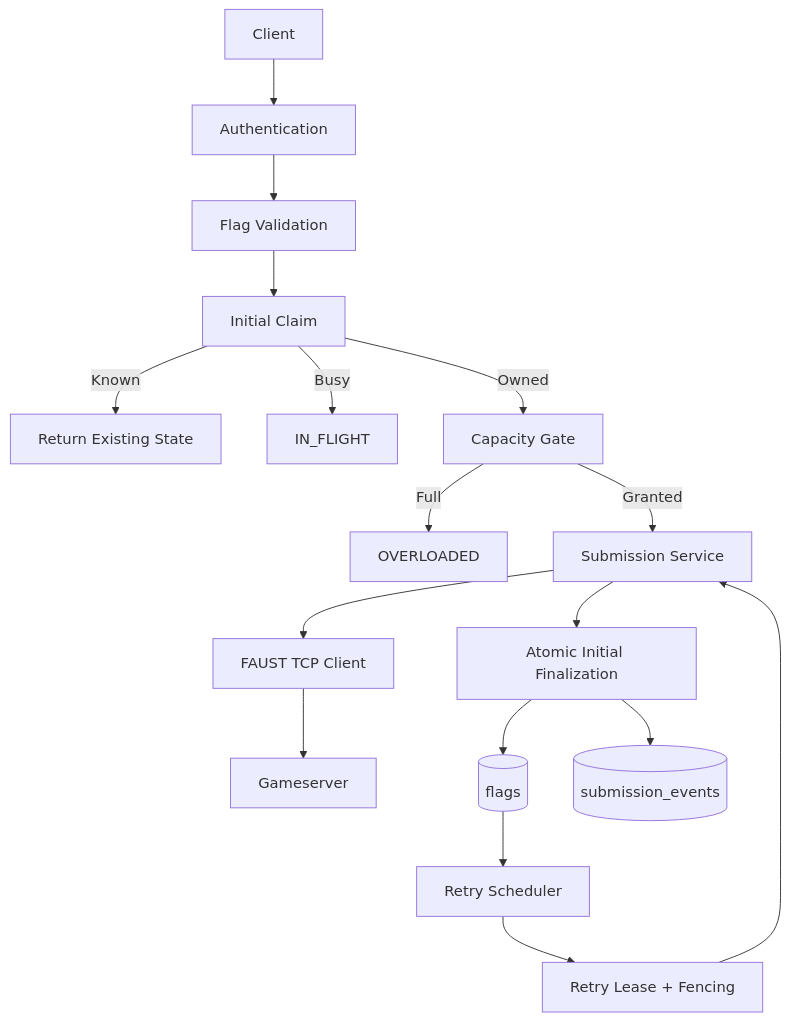
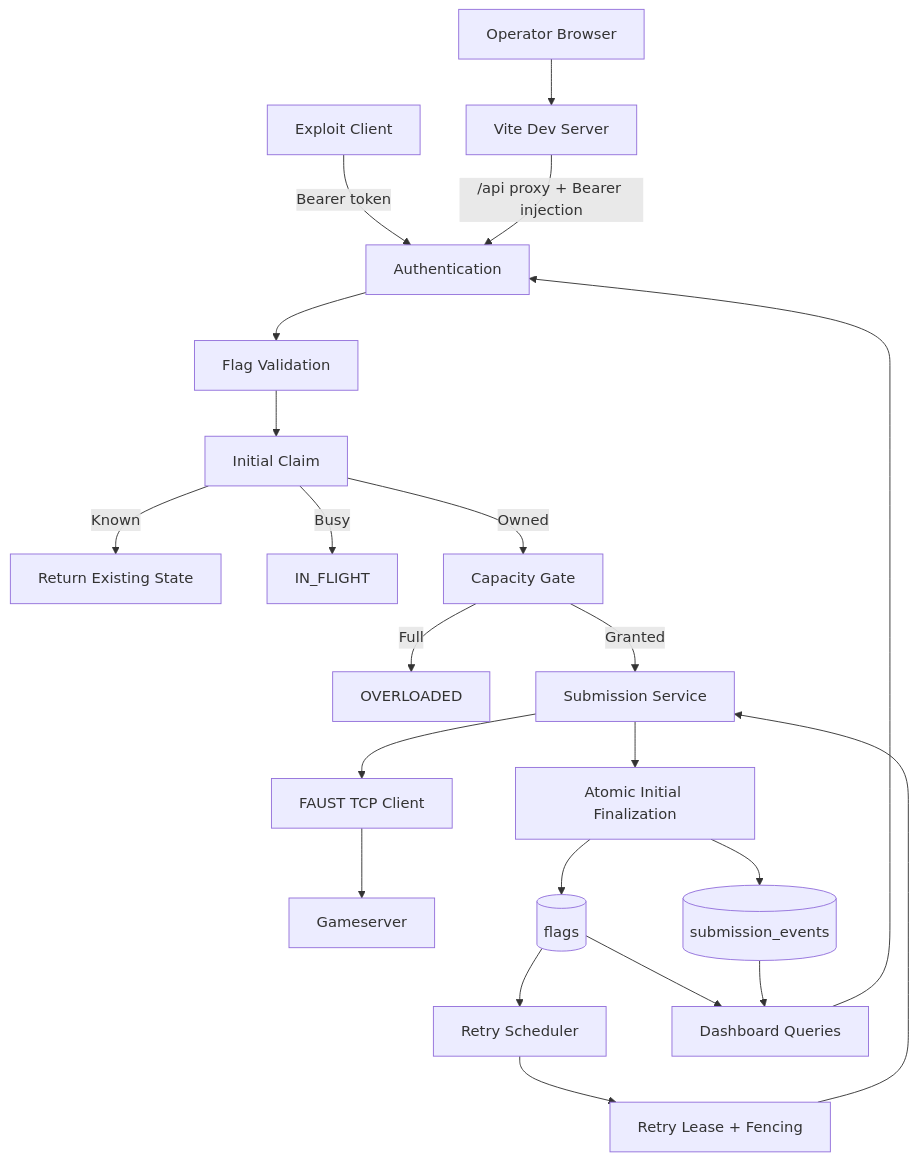
Before and after one commit to Denis-Krueger-labs/MOTH: the second of 8 diagrams in docs/ARCHITECTURE.md, drawn with Mermaid. The commit also changed other lines of this file and 3 other files, not shown here.

````diff
--- a/docs/ARCHITECTURE.md
+++ b/docs/ARCHITECTURE.md
@@ -106,24 +126,32 @@
 ```mermaid
 flowchart TD
-    CLIENT[Client] --> AUTH[Authentication]
+    EXPLOIT[Exploit Client] -->|Bearer token| AUTH[Authentication]
+
+    BROWSER[Operator Browser] --> VITE[Vite Dev Server]
+    VITE -->|/api proxy + Bearer injection| AUTH
+
     AUTH --> VALIDATE[Flag Validation]
     VALIDATE --> CLAIM[Initial Claim]
 
     CLAIM -->|Known| LOCAL[Return Existing State]
     CLAIM -->|Busy| FLIGHT[IN_FLIGHT]
     CLAIM -->|Owned| CAPACITY[Capacity Gate]
 
     CAPACITY -->|Full| OVERLOAD[OVERLOADED]
     CAPACITY -->|Granted| SERVICE[Submission Service]
 
     SERVICE --> TCP[FAUST TCP Client]
     TCP --> GAME[Gameserver]
 
     SERVICE --> FINALIZE[Atomic Initial Finalization]
     FINALIZE --> FLAGS[(flags)]
     FINALIZE --> EVENTS[(submission_events)]
 
     FLAGS --> RETRY[Retry Scheduler]
     RETRY --> LEASE[Retry Lease + Fencing]
     LEASE --> SERVICE
+
+    FLAGS --> DASH[Dashboard Queries]
+    EVENTS --> DASH
+    DASH --> AUTH
 ```
````
